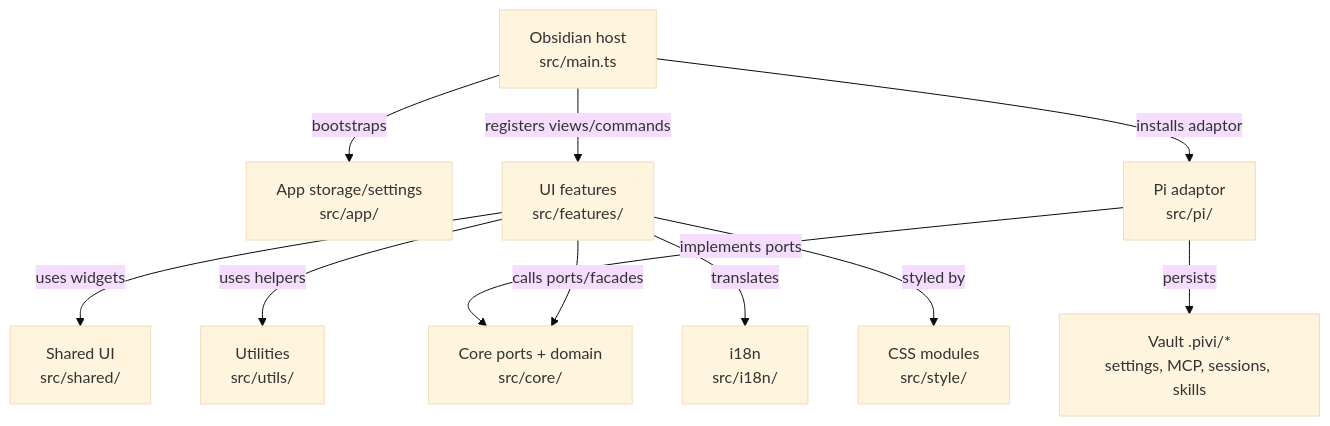
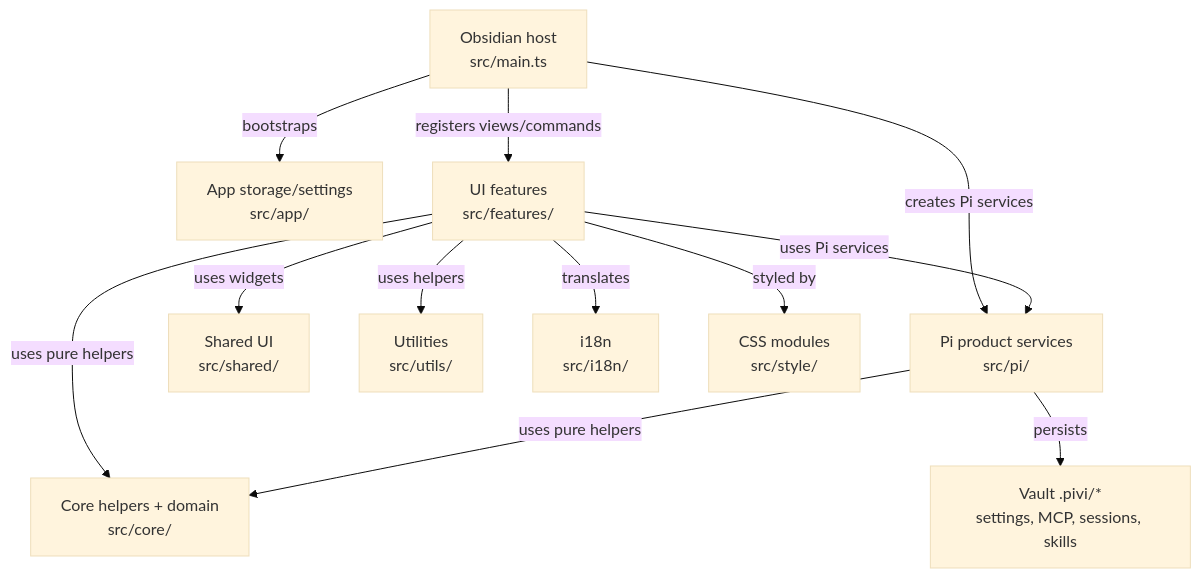
The first of 2 diagrams in AGENTS.md (shuuul/obsidian-pivi), drawn with Mermaid (base theme) before and after one commit. The commit also changed other lines of this file and 155 other files, not shown here.

````diff
--- a/AGENTS.md
+++ b/AGENTS.md
@@ -82,13 +82,14 @@
 ```mermaid
 flowchart TD
   Host["Obsidian host<br/>src/main.ts"] -- "bootstraps" --> App["App storage/settings<br/>src/app/"]
   Host -- "registers views/commands" --> Features["UI features<br/>src/features/"]
-  Host -- "installs adaptor" --> Pi["Pi adaptor<br/>src/pi/"]
-  Features -- "calls ports/facades" --> Core["Core ports + domain<br/>src/core/"]
-  Pi -- "implements ports" --> Core
+  Host -- "creates Pi services" --> Pi["Pi product services<br/>src/pi/"]
+  Features -- "uses Pi services" --> Pi
+  Features -- "uses pure helpers" --> Core["Core helpers + domain<br/>src/core/"]
+  Pi -- "uses pure helpers" --> Core
   Pi -- "persists" --> Vault["Vault .pivi/*<br/>settings, MCP, sessions, skills"]
   Features -- "uses widgets" --> Shared["Shared UI<br/>src/shared/"]
   Features -- "uses helpers" --> Utils["Utilities<br/>src/utils/"]
   Features -- "translates" --> I18n["i18n<br/>src/i18n/"]
   Features -- "styled by" --> Style["CSS modules<br/>src/style/"]
 ```
````
